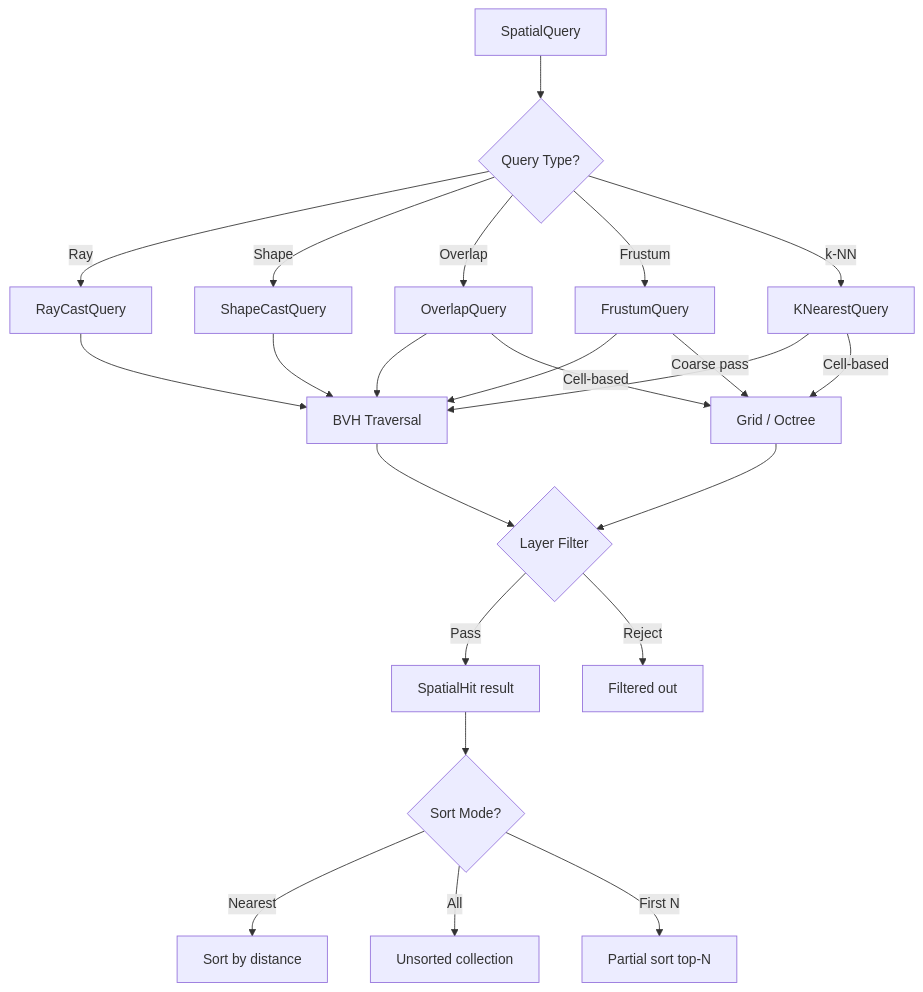
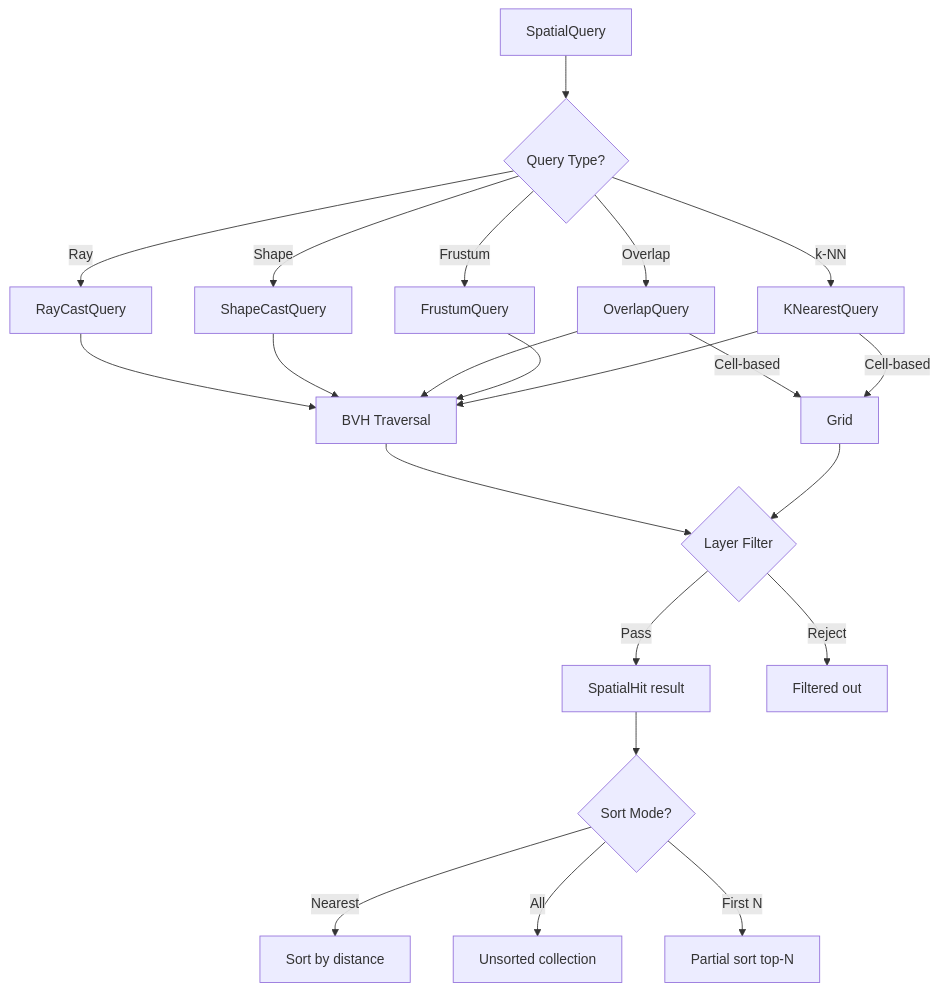
Before and after one commit to harmonius-dev/harmonius: the third of 7 diagrams in docs/design/core-runtime/spatial-index.md, drawn with Mermaid. The commit also changed other lines of this file and 174 other files, not shown here.

````diff
--- a/docs/design/core-runtime/spatial-index.md
+++ b/docs/design/core-runtime/spatial-index.md
@@ -268,31 +284,30 @@
 ```mermaid
 flowchart TD
     Q[SpatialQuery] --> RT{Query Type?}
 
     RT -->|Ray| RC[RayCastQuery]
     RT -->|Shape| SC[ShapeCastQuery]
     RT -->|Overlap| OV[OverlapQuery]
     RT -->|Frustum| FR[FrustumQuery]
     RT -->|k-NN| KN[KNearestQuery]
 
     RC --> BVH[BVH Traversal]
     SC --> BVH
     OV --> BVH
     FR --> BVH
     KN --> BVH
 
-    OV -->|Cell-based| GRID[Grid / Octree]
+    OV -->|Cell-based| GRID[Grid]
     KN -->|Cell-based| GRID
-    FR -->|Coarse pass| GRID
 
     BVH --> FILT{Layer Filter}
     GRID --> FILT
 
     FILT -->|Pass| RES[SpatialHit result]
     FILT -->|Reject| SKIP[Filtered out]
 
     RES --> SORT{Sort Mode?}
     SORT -->|Nearest| SN[Sort by distance]
     SORT -->|All| SA[Unsorted collection]
     SORT -->|First N| SF[Partial sort top-N]
 ```
````
